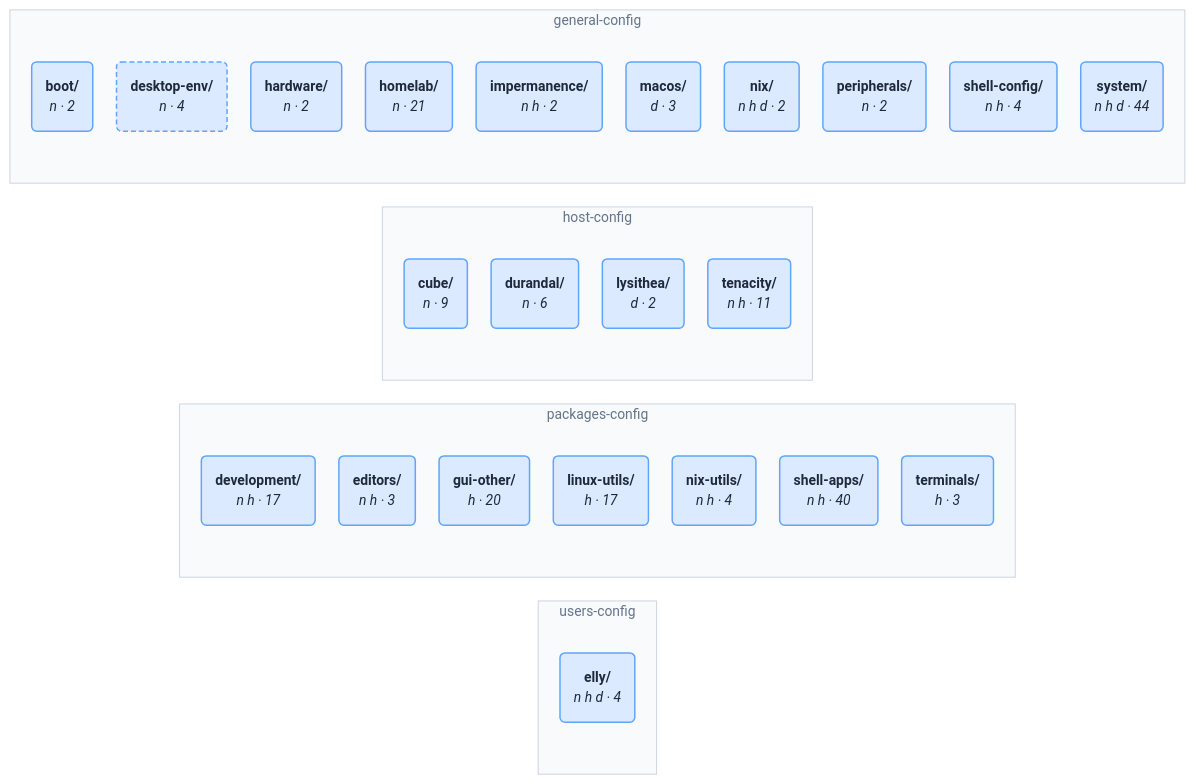
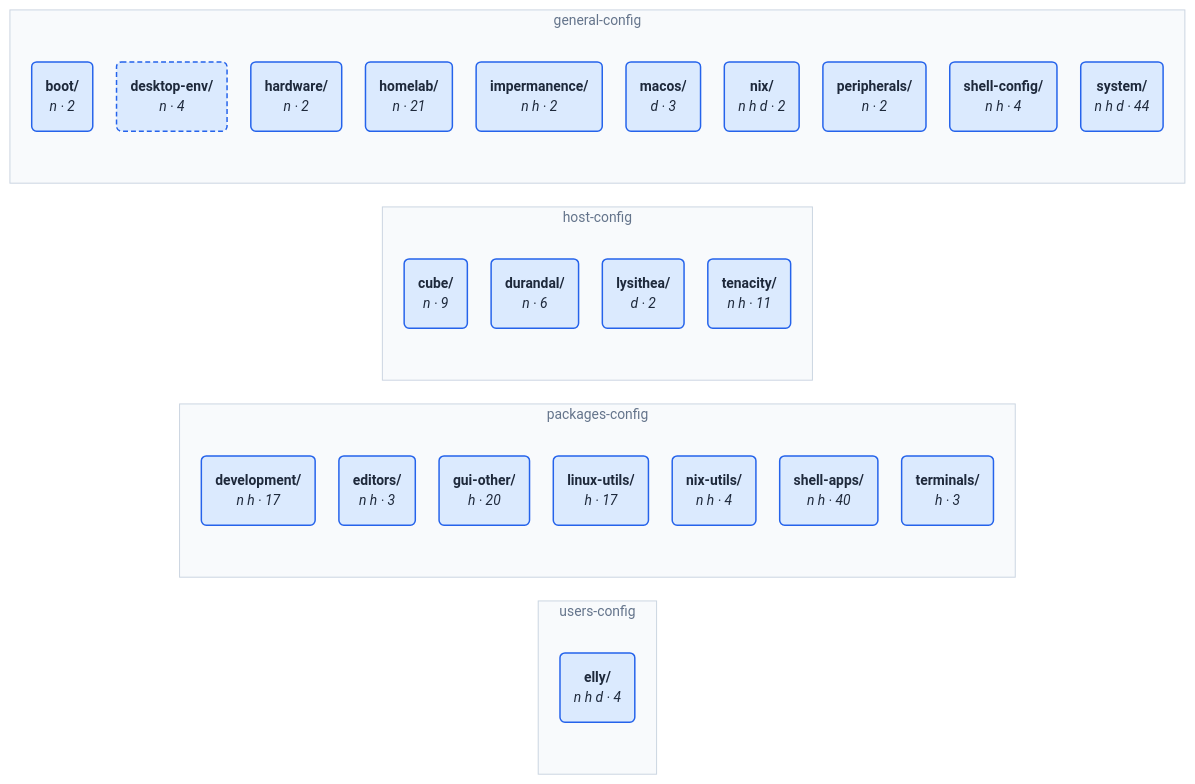
One commit to NireBryce/nixos-configs changed the diagram in wiki/architecture.md. Above: the diagram before and after it, drawn with Mermaid. The commit also changed other lines of this file and 2 other files, not shown here.

First line of the commit message:
feat: module-graph colour standard, importable categories vs implicit folders

````diff
--- a/wiki/architecture.md
+++ b/wiki/architecture.md
@@ -61,48 +74,49 @@
 ```mermaid
 %%{init: {"theme": "base", "themeVariables": {"fontFamily": "ui-sans-serif, system-ui, sans-serif", "fontSize": "14px", "lineColor": "#94a3b8"}, "flowchart": {"curve": "basis", "nodeSpacing": 24, "rankSpacing": 80, "padding": 14}}}%%
 flowchart LR
     subgraph g3["users-config"]
         n25("<b>elly/</b><br/><i>n h d · 4</i>")
     end
     style g3 fill:#f8fafc,stroke:#cbd5e1,color:#64748b
     subgraph g2["packages-config"]
         n18("<b>development/</b><br/><i>n h · 17</i>")
         n19("<b>editors/</b><br/><i>n h · 3</i>")
         n20("<b>gui-other/</b><br/><i>h · 20</i>")
         n21("<b>linux-utils/</b><br/><i>h · 17</i>")
         n22("<b>nix-utils/</b><br/><i>n h · 4</i>")
         n23("<b>shell-apps/</b><br/><i>n h · 40</i>")
         n24("<b>terminals/</b><br/><i>h · 3</i>")
     end
     style g2 fill:#f8fafc,stroke:#cbd5e1,color:#64748b
     subgraph g1["host-config"]
         n14("<b>cube/</b><br/><i>n · 9</i>")
         n15("<b>durandal/</b><br/><i>n · 6</i>")
         n16("<b>lysithea/</b><br/><i>d · 2</i>")
         n17("<b>tenacity/</b><br/><i>n h · 11</i>")
     end
     style g1 fill:#f8fafc,stroke:#cbd5e1,color:#64748b
     subgraph g0["general-config"]
         n4("<b>boot/</b><br/><i>n · 2</i>")
         n5("<b>desktop-env/</b><br/><i>n · 4</i>")
         n6("<b>hardware/</b><br/><i>n · 2</i>")
         n7("<b>homelab/</b><br/><i>n · 21</i>")
         n8("<b>impermanence/</b><br/><i>n h · 2</i>")
         n9("<b>macos/</b><br/><i>d · 3</i>")
         n10("<b>nix/</b><br/><i>n h d · 2</i>")
         n11("<b>peripherals/</b><br/><i>n · 2</i>")
         n12("<b>shell-config/</b><br/><i>n h · 4</i>")
         n13("<b>system/</b><br/><i>n h d · 44</i>")
     end
     style g0 fill:#f8fafc,stroke:#cbd5e1,color:#64748b
     classDef area fill:#f8fafc,stroke:#cbd5e1,color:#1e293b,stroke-width:1.5px
-    classDef category fill:#dbeafe,stroke:#60a5fa,color:#1e293b,stroke-width:1.5px
+    classDef category fill:#dbeafe,stroke:#2563eb,color:#1e293b,stroke-width:1.5px
+    classDef folder fill:#f1f5f9,stroke:#94a3b8,color:#1e293b,stroke-width:1.5px
     classDef module fill:#ffffff,stroke:#94a3b8,color:#1e293b,stroke-width:1.5px
     classDef aggregate fill:#ffffff,stroke:#f59e0b,color:#1e293b,stroke-width:1.5px
     classDef missing fill:#fee2e2,stroke:#ef4444,color:#1e293b,stroke-width:1.5px
     classDef orphan fill:#fff1f2,stroke:#e11d48,color:#1e293b,stroke-width:2.5px
     classDef bymodule stroke-dasharray:5 3
     classDef merges stroke:#e11d48,stroke-width:2.5px
     class n4,n5,n6,n7,n8,n9,n10,n11,n12,n13,n14,n15,n16,n17,n18,n19,n20,n21,n22,n23,n24,n25 category
     class n5 bymodule
 ```
````
